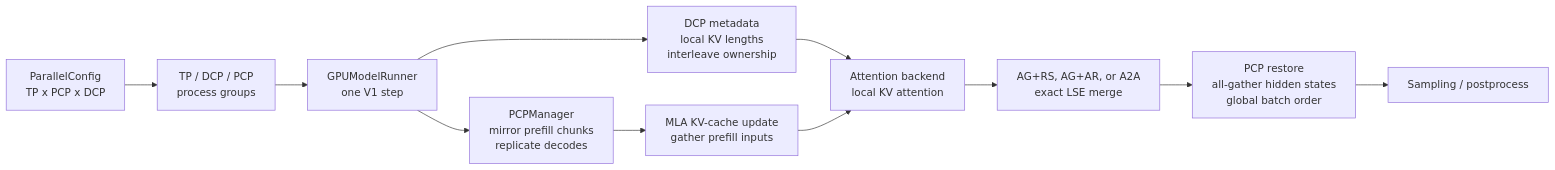
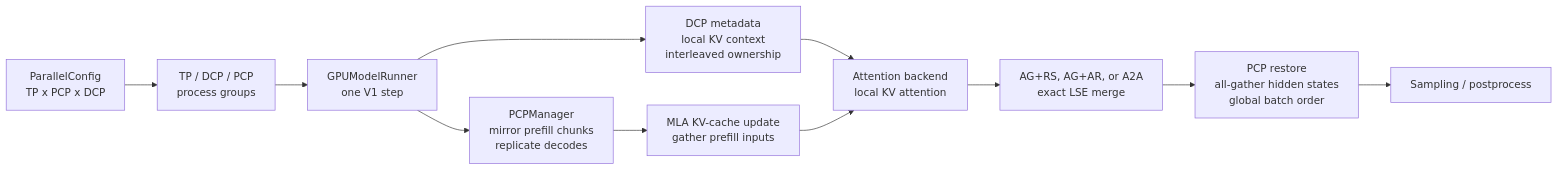
Before and after one commit to zhongzhouTan-coder/zhongzhouTan-coder.github.io: the first of 2 diagrams in docs/frameworks/vllm/vllm-context-parallelism.md, drawn with Mermaid. The commit also changed other lines of this file and 5 other files, not shown here.

````diff
--- a/docs/frameworks/vllm/vllm-context-parallelism.md
+++ b/docs/frameworks/vllm/vllm-context-parallelism.md
@@ -38,13 +38,13 @@
 ```mermaid
 flowchart LR
     Config["ParallelConfig<br/>TP x PCP x DCP"] --> Groups["TP / DCP / PCP<br/>process groups"]
     Groups --> Runner["GPUModelRunner<br/>one V1 step"]
     Runner --> PCP["PCPManager<br/>mirror prefill chunks<br/>replicate decodes"]
-    Runner --> DCP["DCP metadata<br/>local KV lengths<br/>interleave ownership"]
+    Runner --> DCP["DCP metadata<br/>local KV context<br/>interleaved ownership"]
     PCP --> Cache["MLA KV-cache update<br/>gather prefill inputs"]
     DCP --> Attention["Attention backend<br/>local KV attention"]
     Cache --> Attention
     Attention --> Merge["AG+RS, AG+AR, or A2A<br/>exact LSE merge"]
     Merge --> Restore["PCP restore<br/>all-gather hidden states<br/>global batch order"]
     Restore --> Sample["Sampling / postprocess"]
 ```
````
